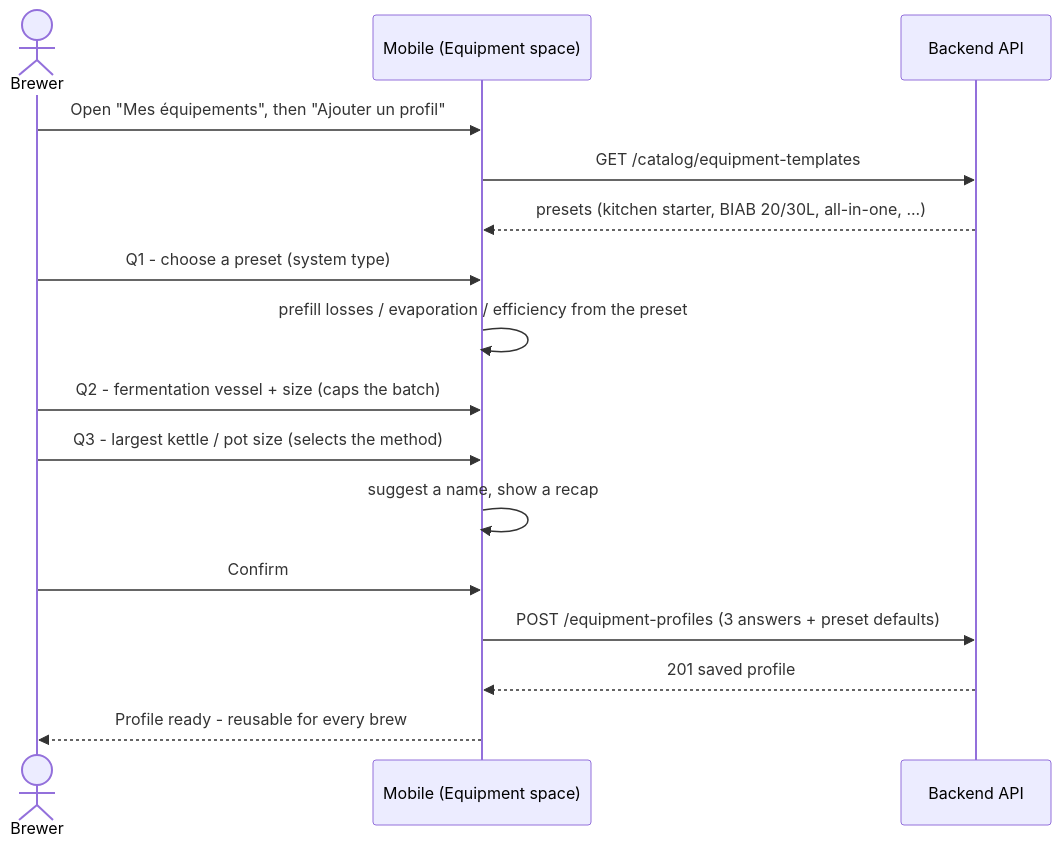
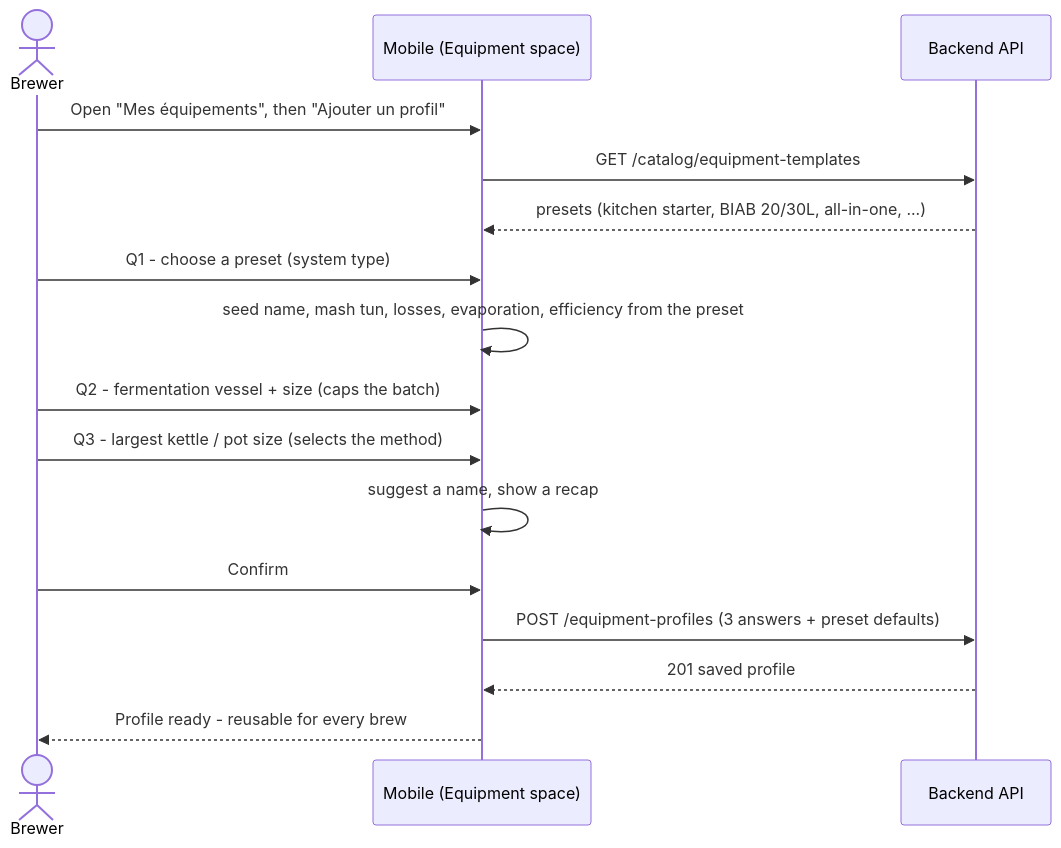
The diagram in docs/architecture/diagrams/equipment-cleaning/02-sequence-equipment-wizard.md (benoit-bremaud/brasse-bouillon), drawn with Mermaid before and after one commit. The commit also changed other lines of this file and 3 other files, not shown here.

````diff
--- a/docs/architecture/diagrams/equipment-cleaning/02-sequence-equipment-wizard.md
+++ b/docs/architecture/diagrams/equipment-cleaning/02-sequence-equipment-wizard.md
@@ -12,18 +12,18 @@
 ```mermaid
 sequenceDiagram
   actor B as Brewer
   participant M as Mobile (Equipment space)
   participant API as Backend API
   B->>M: Open "Mes équipements", then "Ajouter un profil"
   M->>API: GET /catalog/equipment-templates
   API-->>M: presets (kitchen starter, BIAB 20/30L, all-in-one, ...)
   B->>M: Q1 - choose a preset (system type)
-  M->>M: prefill losses / evaporation / efficiency from the preset
+  M->>M: seed name, mash tun, losses, evaporation, efficiency from the preset
   B->>M: Q2 - fermentation vessel + size (caps the batch)
   B->>M: Q3 - largest kettle / pot size (selects the method)
   M->>M: suggest a name, show a recap
   B->>M: Confirm
   M->>API: POST /equipment-profiles (3 answers + preset defaults)
   API-->>M: 201 saved profile
   M-->>B: Profile ready - reusable for every brew
 ```
````
